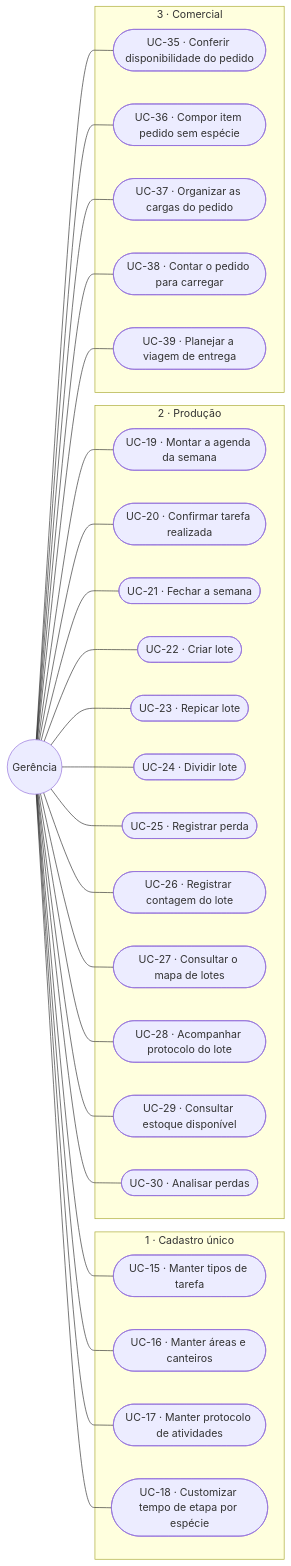
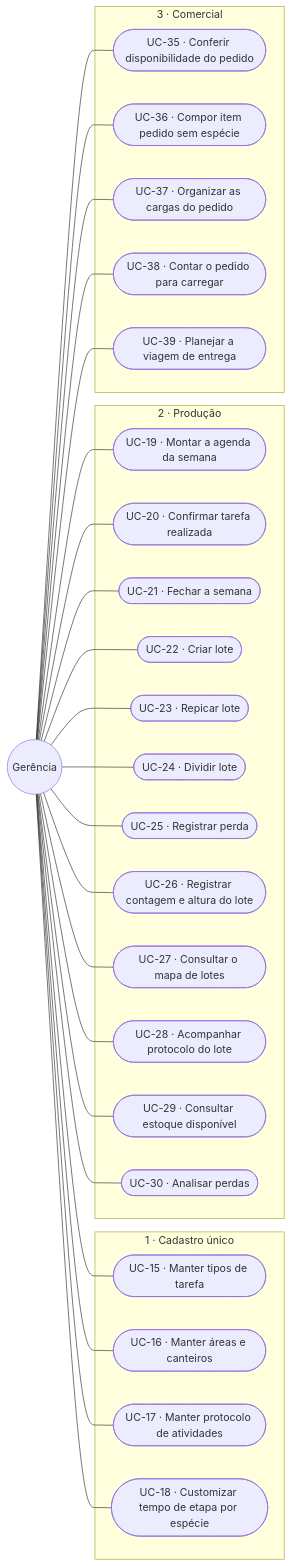
One commit to JoaoMudar/tcc changed the third of 4 diagrams in docs/engenharia/C-modelagem/C1-diagrama-casos-de-uso.md. Above: the diagram before and after it, drawn with Mermaid. The commit also changed other lines of this file and 56 other files, not shown here.

First line of the commit message:
docs: estoque disponível, altura do lote e pedem providência

````diff
--- a/docs/engenharia/C-modelagem/C1-diagrama-casos-de-uso.md
+++ b/docs/engenharia/C-modelagem/C1-diagrama-casos-de-uso.md
@@ -181,56 +181,56 @@
 ```mermaid
 graph LR
   GE(("Gerência"))
 
   subgraph M1["1 · Cadastro único"]
     UC42(["UC-15 · Manter tipos de tarefa"])
     UC46(["UC-16 · Manter áreas e canteiros"])
     UC57(["UC-17 · Manter protocolo de atividades"])
     UC59(["UC-18 · Customizar tempo de etapa por espécie"])
   end
 
   subgraph M2["2 · Produção"]
     UC43(["UC-19 · Montar a agenda da semana"])
     UC51(["UC-20 · Confirmar tarefa realizada"])
     UC52(["UC-21 · Fechar a semana"])
     UC47(["UC-22 · Criar lote"])
     UC48(["UC-23 · Repicar lote"])
     UC58(["UC-24 · Dividir lote"])
     UC17(["UC-25 · Registrar perda"])
-    UC16(["UC-26 · Registrar contagem do lote"])
+    UC16(["UC-26 · Registrar contagem e altura do lote"])
     UC61(["UC-27 · Consultar o mapa de lotes"])
     UC62(["UC-28 · Acompanhar protocolo do lote"])
     UC15(["UC-29 · Consultar estoque disponível"])
     UC18(["UC-30 · Analisar perdas"])
   end
 
   subgraph M3["3 · Comercial"]
     UC63(["UC-35 · Conferir disponibilidade do pedido"])
     UC64(["UC-36 · Compor item pedido sem espécie"])
     UC65(["UC-37 · Organizar as cargas do pedido"])
     UC66(["UC-38 · Contar o pedido para carregar"])
     UC67(["UC-39 · Planejar a viagem de entrega"])
   end
 
   GE --- UC42
   GE --- UC46
   GE --- UC57
   GE --- UC59
   GE --- UC43
   GE --- UC51
   GE --- UC52
   GE --- UC47
   GE --- UC48
   GE --- UC58
   GE --- UC17
   GE --- UC16
   GE --- UC61
   GE --- UC62
   GE --- UC15
   GE --- UC18
   GE --- UC63
   GE --- UC64
   GE --- UC65
   GE --- UC66
   GE --- UC67
 ```
````
